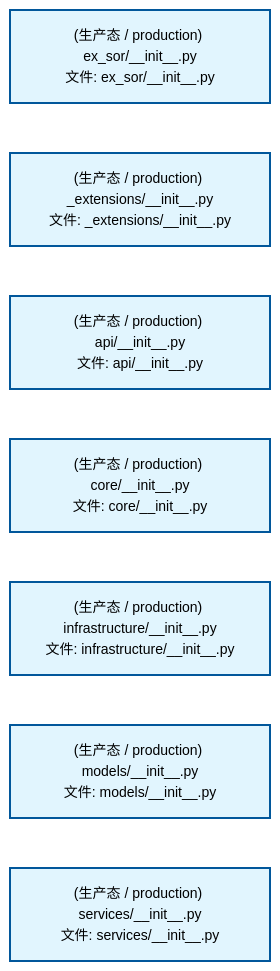
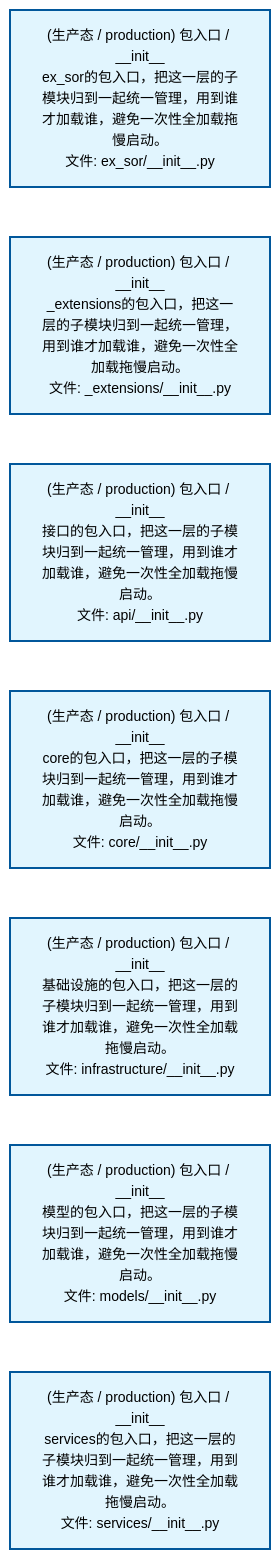
One commit to xuanFelixVan/ZephyrAlpha changed the second of 4 diagrams in docs/02_enterprise_architecture/02_domain_architecture_docs/45_d_ex_sor.md. Above: the diagram before and after it, drawn with Mermaid. The commit also changed other lines of this file and 60 other files, not shown here.

````diff
--- a/docs/02_enterprise_architecture/02_domain_architecture_docs/45_d_ex_sor.md
+++ b/docs/02_enterprise_architecture/02_domain_architecture_docs/45_d_ex_sor.md
@@ -111,22 +111,22 @@
 ```mermaid
 %%{init: {'theme': 'base', 'themeVariables': {'primaryColor': '#eaeaea', 'primaryTextColor': '#333333', 'primaryBorderColor': '#666666', 'lineColor': '#666666', 'secondaryColor': '#eaeaea', 'tertiaryColor': '#eaeaea', 'fontSize': '14px'}}}%%
 flowchart TD
-    src_zephyr_ex_sor_init_py["(生产态 / production) ex_sor/__init__.py<br/>文件: ex_sor/__init__.py"]
-    src_zephyr_ex_sor_extensions_init_py["(生产态 / production) _extensions/__init__.py<br/>文件: _extensions/__init__.py"]
-    src_zephyr_ex_sor_api_init_py["(生产态 / production) api/__init__.py<br/>文件: api/__init__.py"]
-    src_zephyr_ex_sor_core_init_py["(生产态 / production) core/__init__.py<br/>文件: core/__init__.py"]
-    src_zephyr_ex_sor_infrastructure_init_py["(生产态 / production) infrastructure/__init__.py<br/>文件: infrastructure/__init__.py"]
-    src_zephyr_ex_sor_models_init_py["(生产态 / production) models/__init__.py<br/>文件: models/__init__.py"]
-    src_zephyr_ex_sor_services_init_py["(生产态 / production) services/__init__.py<br/>文件: services/__init__.py"]
+    src_zephyr_ex_sor_init_py["(生产态 / production) 包入口 / __init__<br/>ex_sor的包入口，把这一层的子模块归到一起统一管理，用到谁才加载谁，避免一次性全加载拖慢启动。<br/>文件: ex_sor/__init__.py"]
+    src_zephyr_ex_sor_extensions_init_py["(生产态 / production) 包入口 / __init__<br/>_extensions的包入口，把这一层的子模块归到一起统一管理，用到谁才加载谁，避免一次性全加载拖慢启动。<br/>文件: _extensions/__init__.py"]
+    src_zephyr_ex_sor_api_init_py["(生产态 / production) 包入口 / __init__<br/>接口的包入口，把这一层的子模块归到一起统一管理，用到谁才加载谁，避免一次性全加载拖慢启动。<br/>文件: api/__init__.py"]
+    src_zephyr_ex_sor_core_init_py["(生产态 / production) 包入口 / __init__<br/>core的包入口，把这一层的子模块归到一起统一管理，用到谁才加载谁，避免一次性全加载拖慢启动。<br/>文件: core/__init__.py"]
+    src_zephyr_ex_sor_infrastructure_init_py["(生产态 / production) 包入口 / __init__<br/>基础设施的包入口，把这一层的子模块归到一起统一管理，用到谁才加载谁，避免一次性全加载拖慢启动。<br/>文件: infrastructure/__init__.py"]
+    src_zephyr_ex_sor_models_init_py["(生产态 / production) 包入口 / __init__<br/>模型的包入口，把这一层的子模块归到一起统一管理，用到谁才加载谁，避免一次性全加载拖慢启动。<br/>文件: models/__init__.py"]
+    src_zephyr_ex_sor_services_init_py["(生产态 / production) 包入口 / __init__<br/>services的包入口，把这一层的子模块归到一起统一管理，用到谁才加载谁，避免一次性全加载拖慢启动。<br/>文件: services/__init__.py"]
     src_zephyr_ex_sor_init_py ~~~ src_zephyr_ex_sor_extensions_init_py
     src_zephyr_ex_sor_extensions_init_py ~~~ src_zephyr_ex_sor_api_init_py
     src_zephyr_ex_sor_api_init_py ~~~ src_zephyr_ex_sor_core_init_py
     src_zephyr_ex_sor_core_init_py ~~~ src_zephyr_ex_sor_infrastructure_init_py
     src_zephyr_ex_sor_infrastructure_init_py ~~~ src_zephyr_ex_sor_models_init_py
     src_zephyr_ex_sor_models_init_py ~~~ src_zephyr_ex_sor_services_init_py
     classDef production fill:#e1f5fe,stroke:#01579b,stroke-width:2px,color:#000
     classDef design fill:#fff3e0,stroke:#e65100,stroke-width:2px,color:#000,stroke-dasharray: 5 5
     classDef external_prod fill:#e8f4fd,stroke:#0277bd,stroke-width:1px,color:#000
     classDef external_design fill:#fff8e7,stroke:#ef6c00,stroke-width:1px,color:#000,stroke-dasharray: 5 5
     class src_zephyr_ex_sor_init_py,src_zephyr_ex_sor_extensions_init_py,src_zephyr_ex_sor_api_init_py,src_zephyr_ex_sor_core_init_py,src_zephyr_ex_sor_infrastructure_init_py,src_zephyr_ex_sor_models_init_py,src_zephyr_ex_sor_services_init_py production
 ```
````
